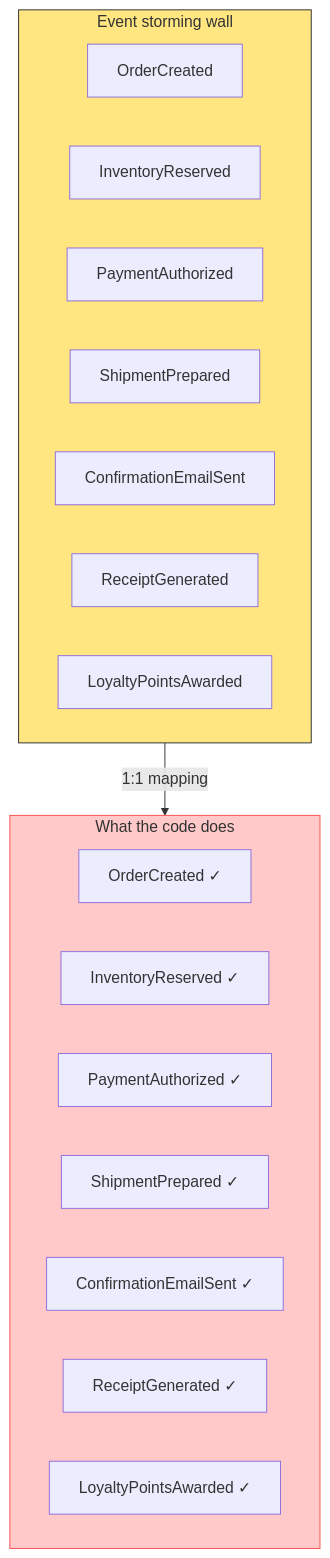
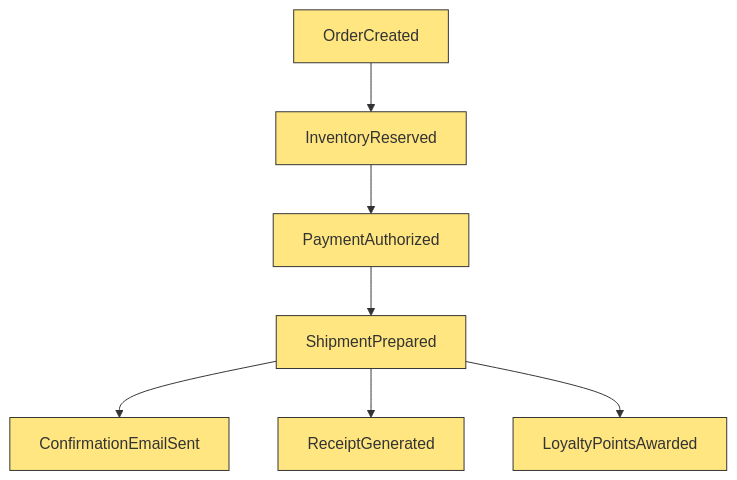
The first of 4 diagrams in docs/software-engineering/events-are-discovery-not-code.md (labeebahmad201/knowledge-base), drawn with Mermaid before and after one commit. The commit also changed other lines of this file, not shown here.

Commit message:
rewrite: concise opening with event storming diagram

````diff
--- a/docs/software-engineering/events-are-discovery-not-code.md
+++ b/docs/software-engineering/events-are-discovery-not-code.md
@@ -9,24 +7,16 @@
 ```mermaid
 graph TD
-    subgraph Wall["Event storming wall"]
-        E1["OrderCreated"]
-        E2["InventoryReserved"]
-        E3["PaymentAuthorized"]
-        E4["ShipmentPrepared"]
-        E5["ConfirmationEmailSent"]
-        E6["ReceiptGenerated"]
-        E7["LoyaltyPointsAwarded"]
-    end
-    subgraph Code["What the code does"]
-        EV1["OrderCreated ✓"]
-        EV2["InventoryReserved ✓"]
-        EV3["PaymentAuthorized ✓"]
-        EV4["ShipmentPrepared ✓"]
-        EV5["ConfirmationEmailSent ✓"]
-        EV6["ReceiptGenerated ✓"]
-        EV7["LoyaltyPointsAwarded ✓"]
-    end
-    Wall -->|"1:1 mapping"| Code
-    style Wall fill:#ffe680,stroke:#333
-    style Code fill:#ffc9c9,stroke:#fa5252
+    E1["OrderCreated"] --> E2["InventoryReserved"]
+    E2 --> E3["PaymentAuthorized"]
+    E3 --> E4["ShipmentPrepared"]
+    E4 --> E5["ConfirmationEmailSent"]
+    E4 --> E6["ReceiptGenerated"]
+    E4 --> E7["LoyaltyPointsAwarded"]
+    style E1 fill:#ffe680,stroke:#333
+    style E2 fill:#ffe680,stroke:#333
+    style E3 fill:#ffe680,stroke:#333
+    style E4 fill:#ffe680,stroke:#333
+    style E5 fill:#ffe680,stroke:#333
+    style E6 fill:#ffe680,stroke:#333
+    style E7 fill:#ffe680,stroke:#333
 ```
````
